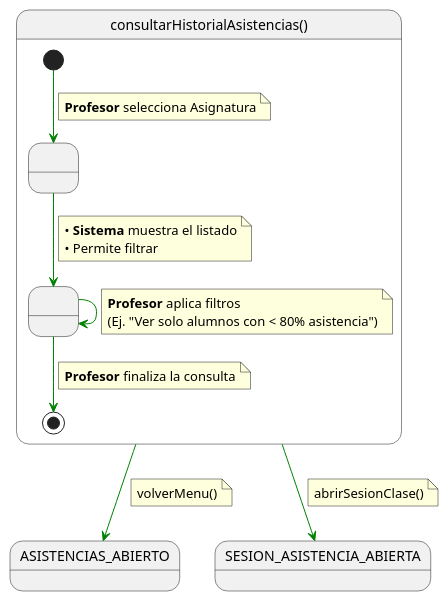
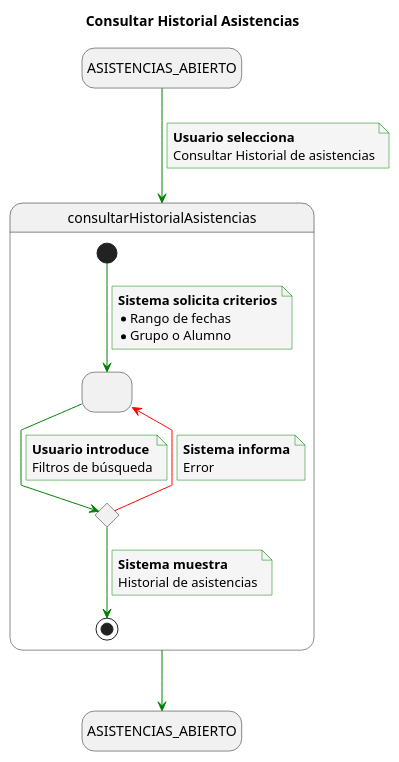
One commit to enmabry/25-26-IdSw1-SdR changed the diagram in documents/CasosDeUso/DetalladoCasosDeUso/Profesor/consultarHistorialAsistencias.puml. Above: the diagram before and after it, drawn with PlantUML. The commit also changed 12 other files, not shown here.

```diff
--- a/documents/CasosDeUso/DetalladoCasosDeUso/Profesor/consultarHistorialAsistencias.puml
+++ b/documents/CasosDeUso/DetalladoCasosDeUso/Profesor/consultarHistorialAsistencias.puml
@@ -1,43 +1,54 @@
-@startuml consultarHistorialAsistencias
+@startuml
+title Consultar Historial Asistencias
 
-skinparam linetype polyline
+skinparam {
+    NoteBackgroundColor #whiteSmoke
+    ArrowColor #green
+    NoteBorderColor #green
+    linetype polyline
+}
 
-state consultarHistorialAsistencias as "consultarHistorialAsistencias()" {
+hide empty description
 
-    state " " as SeleccionandoParametros
-    state " " as VisualizandoMatriz
+state startState as "ASISTENCIAS_ABIERTO"
+state endState as "ASISTENCIAS_ABIERTO"
 
-    [*] -[#green]-> SeleccionandoParametros
+startState --> consultarHistorialAsistencias
+note on link
+    <b>Usuario selecciona</b>
+    Consultar Historial de asistencias
+end note
+
+state consultarHistorialAsistencias {
+    state SeleccionFiltros as " "
+    state ValidarBusqueda <<choice>>
+
+    [*] --> SeleccionFiltros
     note on link
-    <b>Profesor</b> selecciona Asignatura
+        <b>Sistema solicita criterios</b>
+        * Rango de fechas
+        * Grupo o Alumno
     end note
 
-    SeleccionandoParametros -[#green]-> VisualizandoMatriz
+    SeleccionFiltros --> ValidarBusqueda
     note on link
-    • <b>Sistema</b> muestra el listado
-    • Permite filtrar
+        <b>Usuario introduce</b>
+        Filtros de búsqueda
     end note
 
-    VisualizandoMatriz -[#green]-> VisualizandoMatriz
+    ValidarBusqueda -[#red]-> SeleccionFiltros
     note on link
-    <b>Profesor</b> aplica filtros
-    (Ej. "Ver solo alumnos con < 80% asistencia")
+        <b>Sistema informa</b>
+        Error
     end note
 
-    VisualizandoMatriz -[#green]-> [*]
+    ValidarBusqueda --> [*]
     note on link
-    <b>Profesor</b> finaliza la consulta
+        <b>Sistema muestra</b>
+        Historial de asistencias
     end note
 }
 
-consultarHistorialAsistencias -[#green]-> ASISTENCIAS_ABIERTO
-note on link
-volverMenu()
-end note
-
-consultarHistorialAsistencias -[#green]-> SESION_ASISTENCIA_ABIERTA
-note on link
-abrirSesionClase()
-end note
+consultarHistorialAsistencias --> endState
 
 @enduml
```
